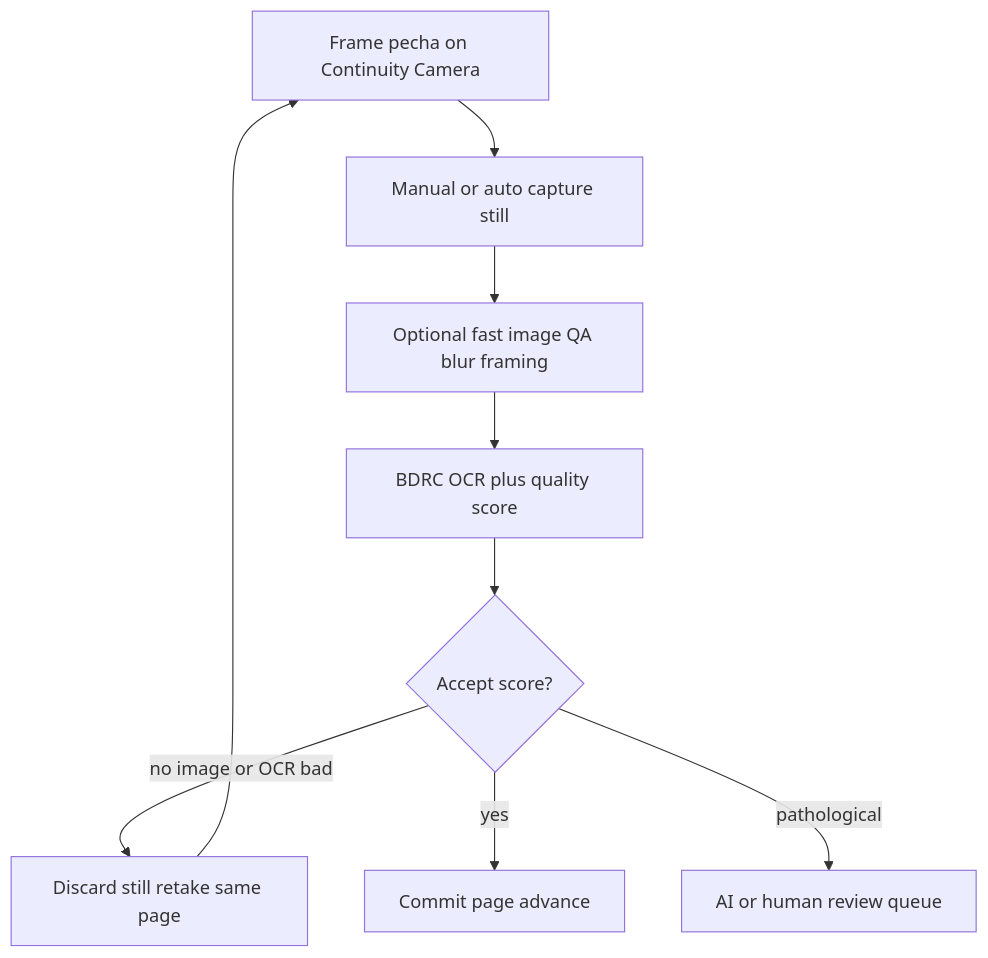
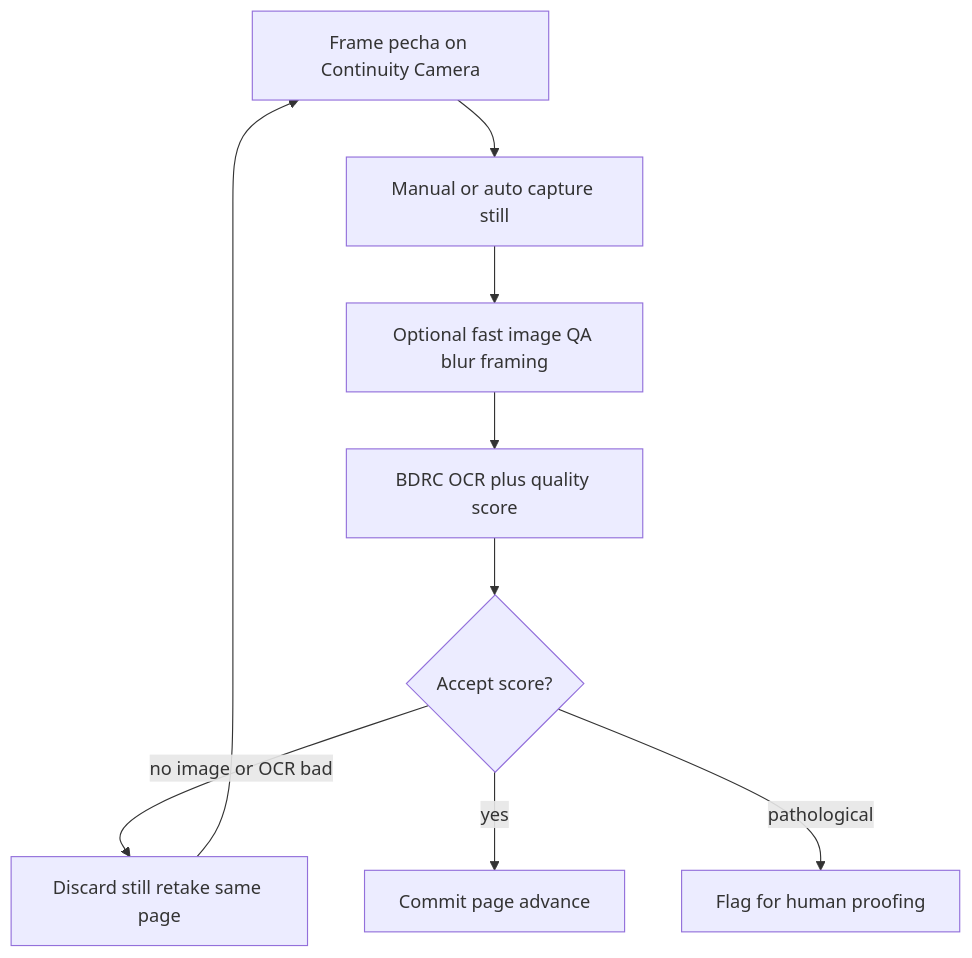
The diagram in docs/planning/LIVE_PECHA_CAPTURE.md (stellakunzang/butter-dots-dot-com), drawn with Mermaid before and after one commit. The commit also changed other lines of this file and 18 other files, not shown here.

````diff
--- a/docs/planning/LIVE_PECHA_CAPTURE.md
+++ b/docs/planning/LIVE_PECHA_CAPTURE.md
@@ -45,16 +47,16 @@
 ```mermaid
 flowchart TD
   frame[Frame pecha on Continuity Camera]
   capture[Manual or auto capture still]
   imageQA[Optional fast image QA blur framing]
   ocr[BDRC OCR plus quality score]
   decide{Accept score?}
   retake[Discard still retake same page]
   accept[Commit page advance]
-  escalate[AI or human review queue]
+  escalate[Flag for human proofing]
 
   frame --> capture --> imageQA --> ocr --> decide
   decide -->|no image or OCR bad| retake --> frame
   decide -->|yes| accept
   decide -->|pathological| escalate
 ```
````
